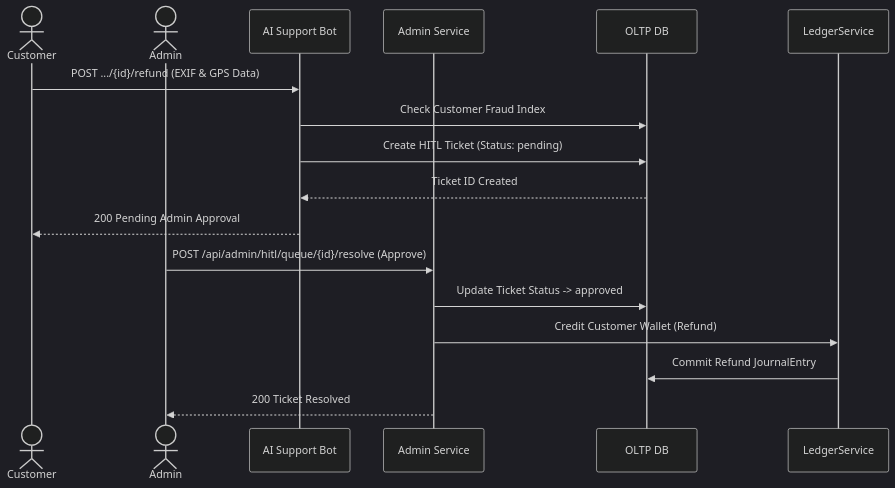
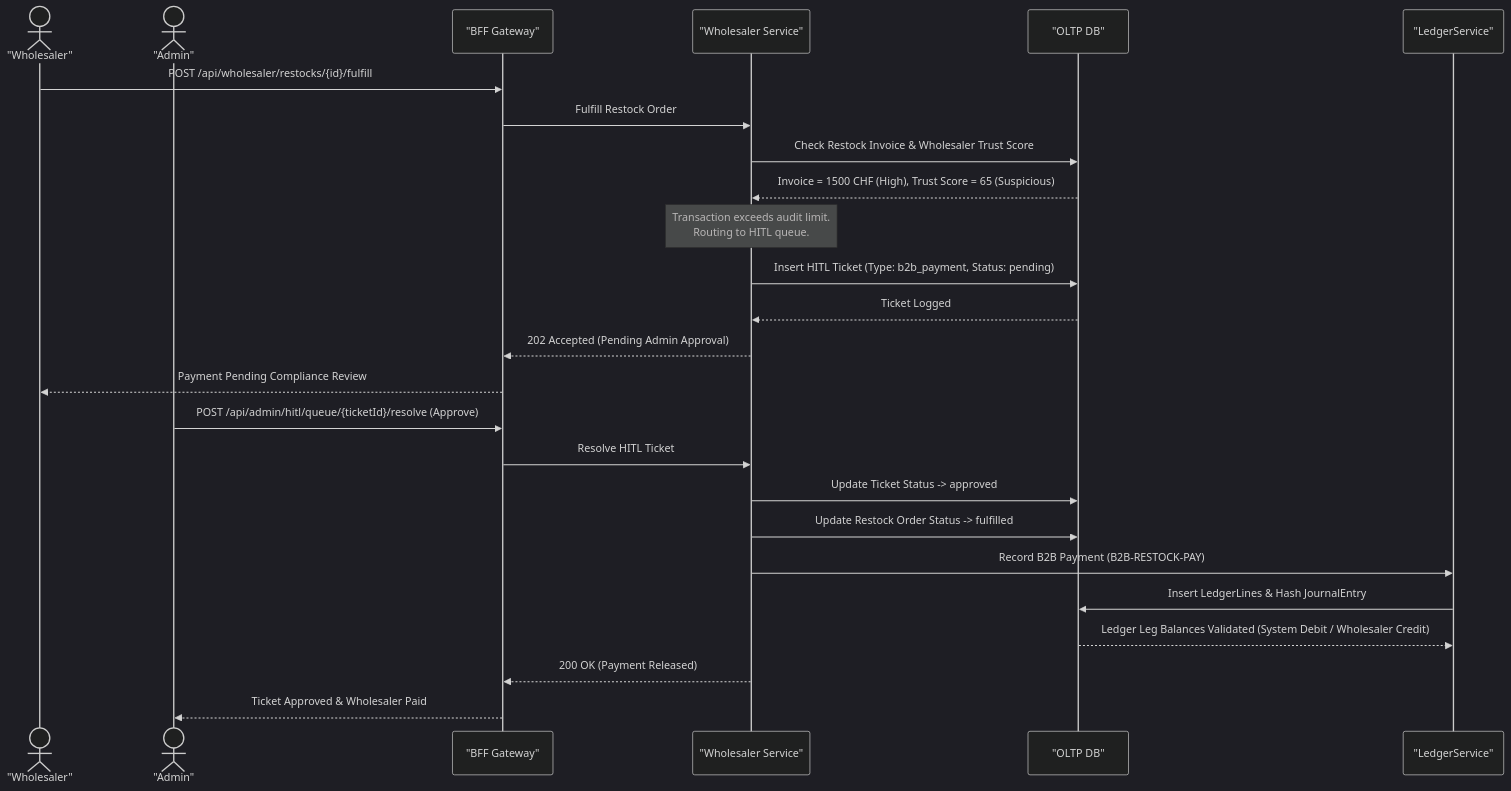
One commit to Muneeb7860/Swish_App changed the eighth of 13 diagrams in low_level_design.md. Above: the diagram before and after it, drawn with Mermaid (dark theme). The commit also changed other lines of this file and 25 other files, not shown here.

````diff
--- a/low_level_design.md
+++ b/low_level_design.md
@@ -173,23 +660,36 @@
 ```mermaid
 sequenceDiagram
-    actor Customer
-    actor Admin
-    participant Bot as AI Support Bot
-    participant AdminSrv as Admin Service
-    participant DB as OLTP DB
-    participant Ledger as LedgerService
+    actor Wholesaler as "Wholesaler"
+    actor Admin as "Admin"
+    participant BFF as "BFF Gateway"
+    participant WholesalerSrv as "Wholesaler Service"
+    participant DB as "OLTP DB"
+    participant Ledger as "LedgerService"
     
-    Customer->>Bot: POST .../{id}/refund (EXIF & GPS Data)
-    Bot->>DB: Check Customer Fraud Index
-    Bot->>DB: Create HITL Ticket (Status: pending)
-    DB-->>Bot: Ticket ID Created
-    Bot-->>Customer: 200 Pending Admin Approval
+    Wholesaler->>BFF: POST /api/wholesaler/restocks/{id}/fulfill
+    BFF->>WholesalerSrv: Fulfill Restock Order
     
-    Admin->>AdminSrv: POST /api/admin/hitl/queue/{id}/resolve (Approve)
-    AdminSrv->>DB: Update Ticket Status -> approved
+    WholesalerSrv->>DB: Check Restock Invoice & Wholesaler Trust Score
+    DB-->>WholesalerSrv: Invoice = 1500 CHF (High), Trust Score = 65 (Suspicious)
     
-    AdminSrv->>Ledger: Credit Customer Wallet (Refund)
-    Ledger->>DB: Commit Refund JournalEntry
+    Note over WholesalerSrv: Transaction exceeds audit limit.<br/>Routing to HITL queue.
     
-    AdminSrv-->>Admin: 200 Ticket Resolved
+    WholesalerSrv->>DB: Insert HITL Ticket (Type: b2b_payment, Status: pending)
+    DB-->>WholesalerSrv: Ticket Logged
+    
+    WholesalerSrv-->>BFF: 202 Accepted (Pending Admin Approval)
+    BFF-->>Wholesaler: Payment Pending Compliance Review
+    
+    Admin->>BFF: POST /api/admin/hitl/queue/{ticketId}/resolve (Approve)
+    BFF->>WholesalerSrv: Resolve HITL Ticket
+    
+    WholesalerSrv->>DB: Update Ticket Status -> approved
+    WholesalerSrv->>DB: Update Restock Order Status -> fulfilled
+    
+    WholesalerSrv->>Ledger: Record B2B Payment (B2B-RESTOCK-PAY)
+    Ledger->>DB: Insert LedgerLines & Hash JournalEntry
+    DB-->>Ledger: Ledger Leg Balances Validated (System Debit / Wholesaler Credit)
+    
+    WholesalerSrv-->>BFF: 200 OK (Payment Released)
+    BFF-->>Admin: Ticket Approved & Wholesaler Paid
 ```
````
